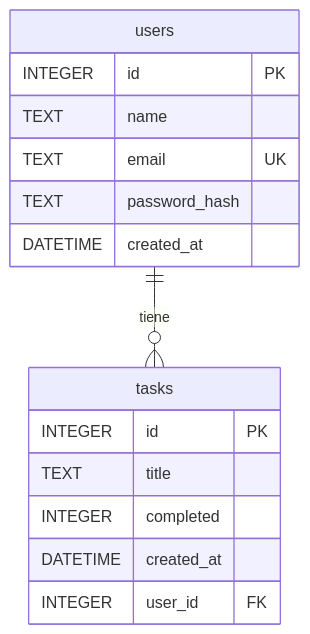
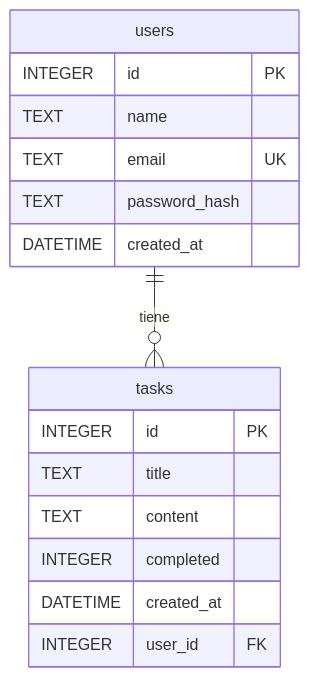
The second of 5 diagrams in README.md (sulbaranjesus03/todoList), drawn with Mermaid before and after one commit. The commit also changed other lines of this file and 8 other files, not shown here.

````diff
--- a/README.md
+++ b/README.md
@@ -209,18 +216,19 @@
 ```mermaid
 erDiagram
     users ||--o{ tasks : "tiene"
     users {
         INTEGER id PK
         TEXT name
         TEXT email UK
         TEXT password_hash
         DATETIME created_at
     }
     tasks {
         INTEGER id PK
         TEXT title
+        TEXT content
         INTEGER completed
         DATETIME created_at
         INTEGER user_id FK
     }
 ```
````
